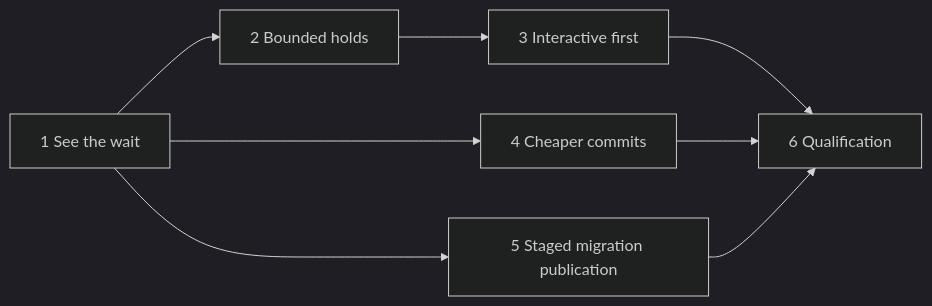
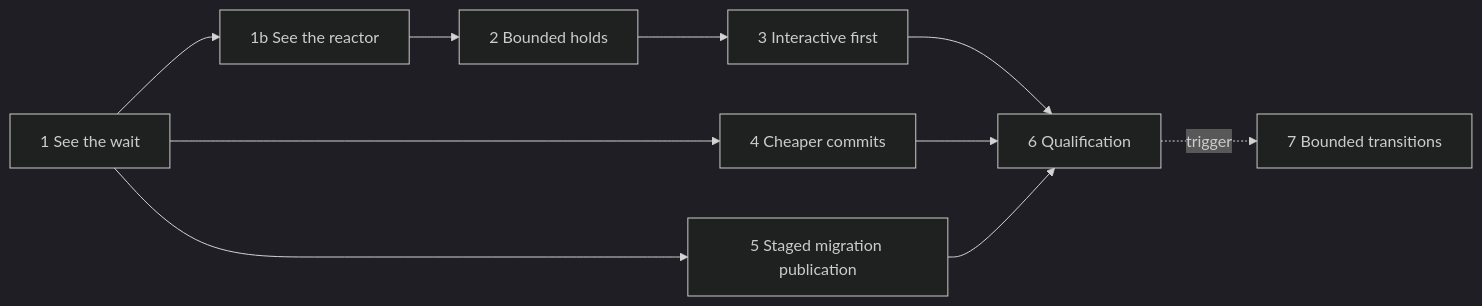
One commit to BierDav/rocky changed the diagram in docs/features_12/README.md. Above: the diagram before and after it, drawn with Mermaid (dark theme). The commit also changed other lines of this file and 7 other files, not shown here.

Commit message:
docs(roadmap): replan features_12 around reactor stalls and deferred transitions

````diff
--- a/docs/features_12/README.md
+++ b/docs/features_12/README.md
@@ -189,10 +221,12 @@
 ```mermaid
 flowchart LR
-    P1["1 See the wait"] --> P2["2 Bounded holds"]
+    P1["1 See the wait"] --> P1b["1b See the reactor"]
+    P1b --> P2["2 Bounded holds"]
     P2 --> P3["3 Interactive first"]
     P1 --> P4["4 Cheaper commits"]
     P1 --> P5["5 Staged migration publication"]
     P3 --> P6["6 Qualification"]
     P4 --> P6
     P5 --> P6
+    P6 -.->|trigger| P7["7 Bounded transitions"]
 ```
````
